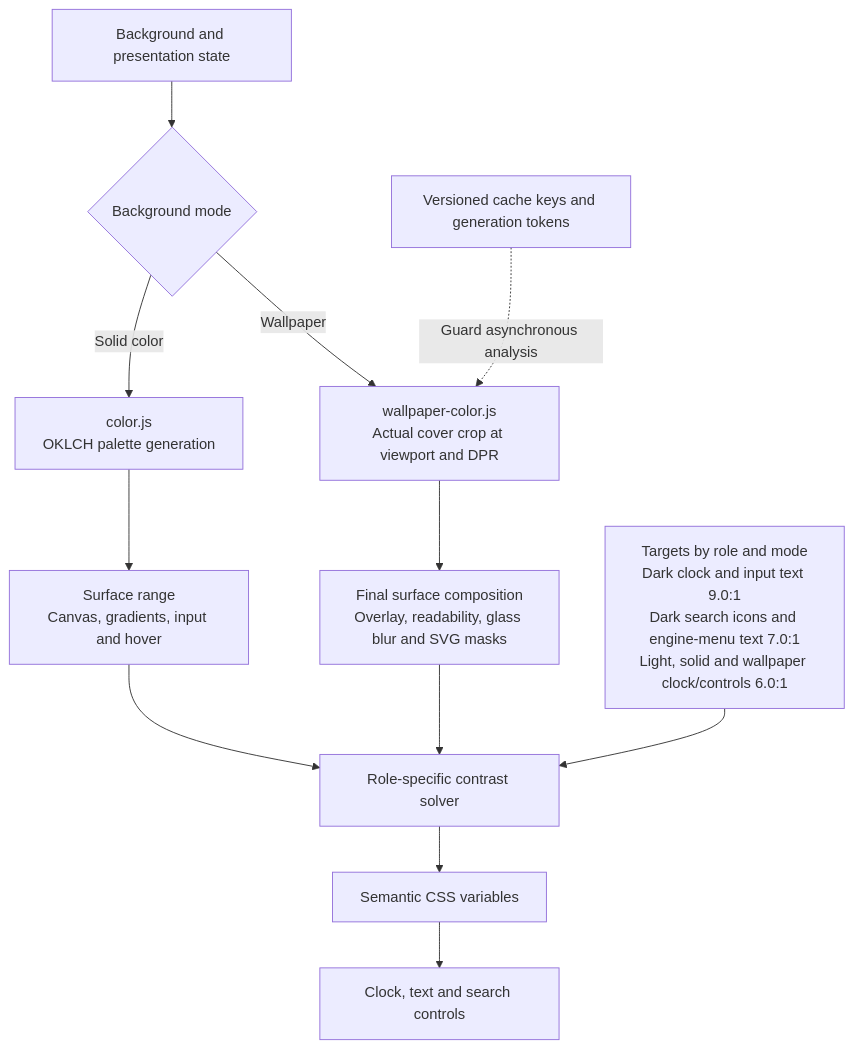
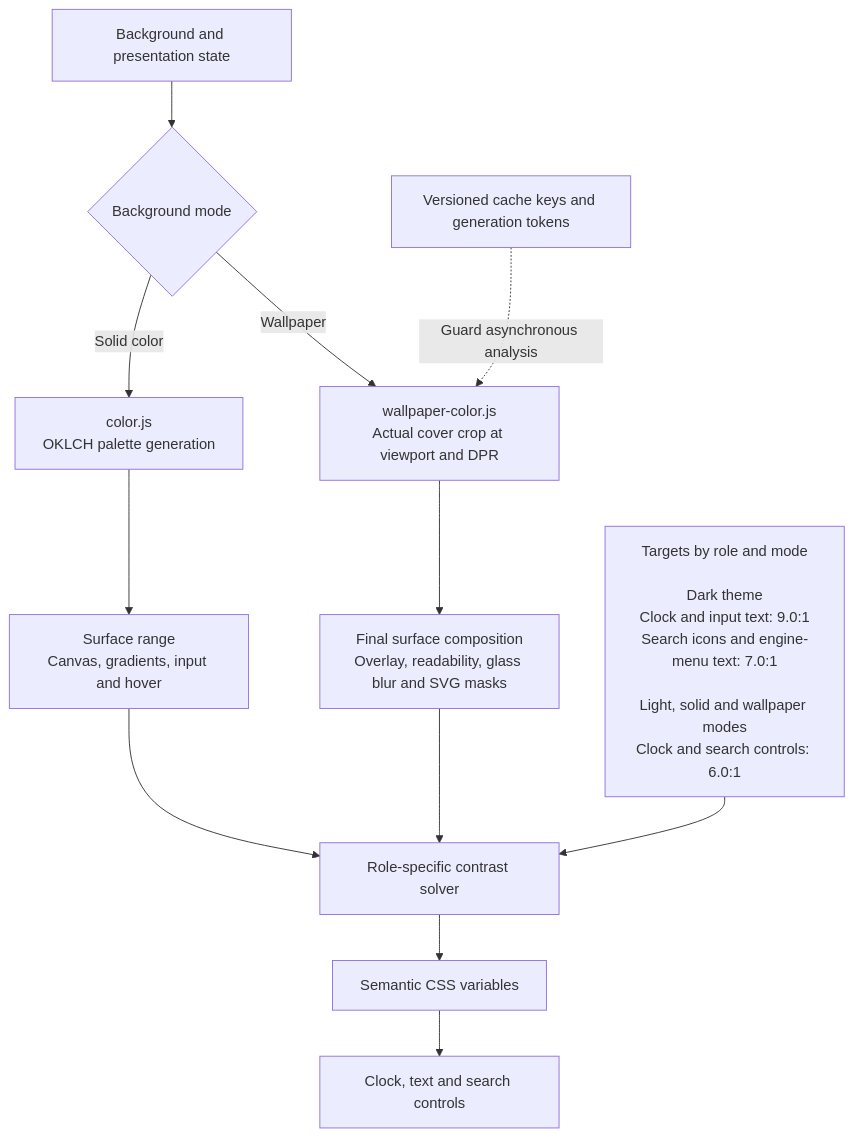
Before and after one commit to Un1quer23/WillowTab: the diagram in README.md, drawn with Mermaid. The commit also changed 1 other file, not shown here.

Commit message:
Improve README diagram line breaks

````diff
--- a/README.md
+++ b/README.md
@@ -42,14 +42,14 @@
 ```mermaid
 flowchart TD
     A["Background and presentation state"] --> B{"Background mode"}
     B -->|Solid color| C["color.js<br/>OKLCH palette generation"]
     C --> D["Surface range<br/>Canvas, gradients, input and hover"]
     B -->|Wallpaper| E["wallpaper-color.js<br/>Actual cover crop at viewport and DPR"]
     E --> F["Final surface composition<br/>Overlay, readability, glass blur and SVG masks"]
     D --> G["Role-specific contrast solver"]
     F --> G
-    H["Targets by role and mode<br/>Dark clock and input text 9.0:1<br/>Dark search icons and engine-menu text 7.0:1<br/>Light, solid and wallpaper clock/controls 6.0:1"] --> G
+    H["Targets by role and mode<br/><br/>Dark theme<br/>Clock and input text: 9.0:1<br/>Search icons and engine-menu text: 7.0:1<br/><br/>Light, solid and wallpaper modes<br/>Clock and search controls: 6.0:1"] --> G
     G --> I["Semantic CSS variables"]
     I --> J["Clock, text and search controls"]
     K["Versioned cache keys and generation tokens"] -. Guard asynchronous analysis .-> E
 ```
````
